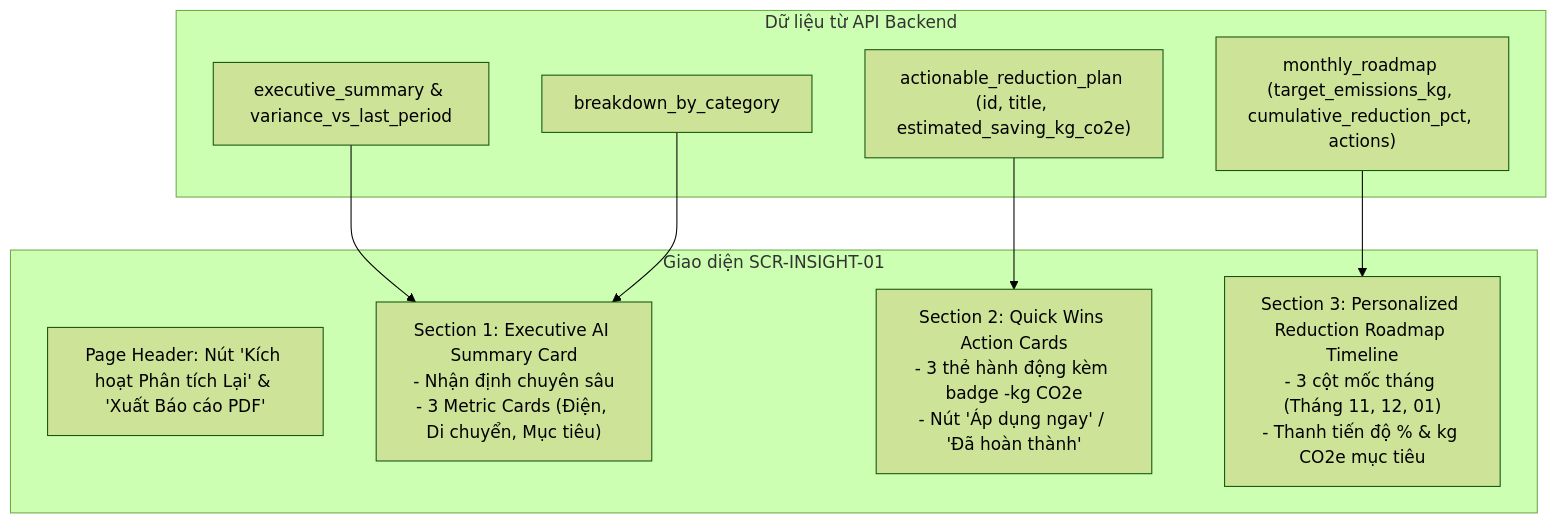
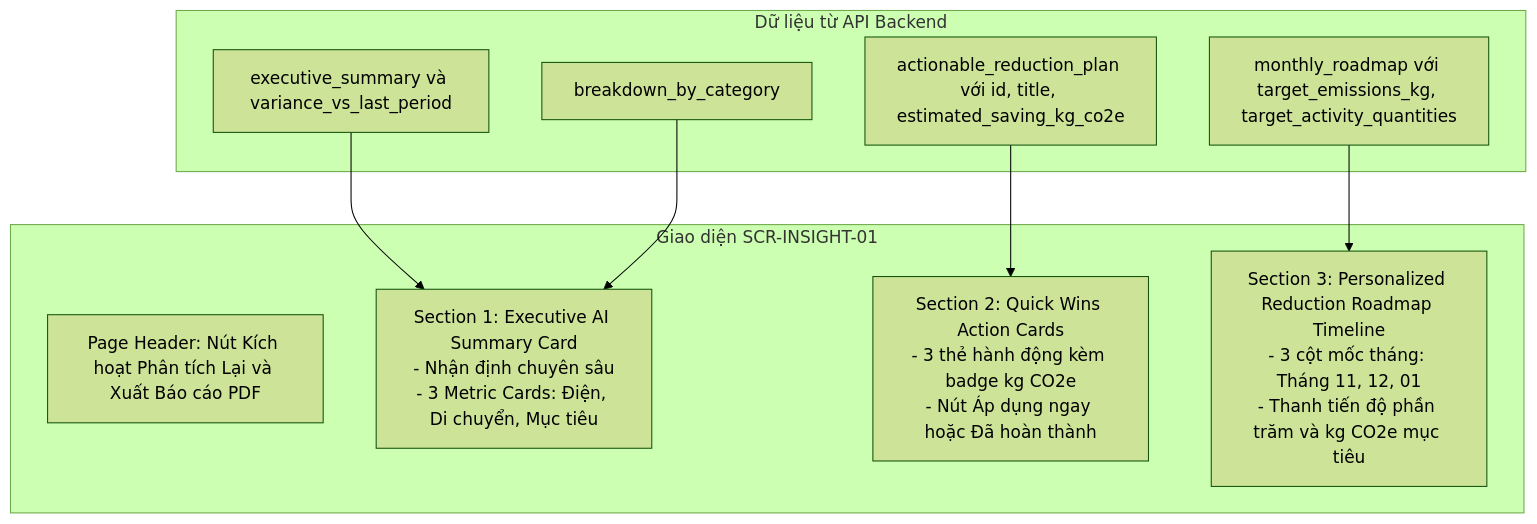
The fifth of 5 diagrams in docs/08-ai-insight-specification.md (DatTienNguyenn/PMDC-BATCH4-DATNT250), drawn with Mermaid (forest theme) before and after one commit. The commit also changed other lines of this file, not shown here.

Commit message:
feat(docs): add activity units translation and fix all mermaid render errors

````diff
--- a/docs/08-ai-insight-specification.md
+++ b/docs/08-ai-insight-specification.md
@@ -854,21 +1005,21 @@
 ```mermaid
-graph TD
+flowchart TD
     subgraph UIComponents["Giao diện SCR-INSIGHT-01"]
-        Header["Page Header: Nút 'Kích hoạt Phân tích Lại' & 'Xuất Báo cáo PDF'"]
-        CardExecutive["Section 1: Executive AI Summary Card<br/>- Nhận định chuyên sâu<br/>- 3 Metric Cards (Điện, Di chuyển, Mục tiêu)"]
-        CardQuickWins["Section 2: Quick Wins Action Cards<br/>- 3 thẻ hành động kèm badge -kg CO2e<br/>- Nút 'Áp dụng ngay' / 'Đã hoàn thành'"]
-        CardRoadmap["Section 3: Personalized Reduction Roadmap Timeline<br/>- 3 cột mốc tháng (Tháng 11, 12, 01)<br/>- Thanh tiến độ % & kg CO2e mục tiêu"]
+        Header["Page Header: Nút Kích hoạt Phân tích Lại và Xuất Báo cáo PDF"]
+        CardExecutive["Section 1: Executive AI Summary Card<br/>- Nhận định chuyên sâu<br/>- 3 Metric Cards: Điện, Di chuyển, Mục tiêu"]
+        CardQuickWins["Section 2: Quick Wins Action Cards<br/>- 3 thẻ hành động kèm badge kg CO2e<br/>- Nút Áp dụng ngay hoặc Đã hoàn thành"]
+        CardRoadmap["Section 3: Personalized Reduction Roadmap Timeline<br/>- 3 cột mốc tháng: Tháng 11, 12, 01<br/>- Thanh tiến độ phần trăm và kg CO2e mục tiêu"]
     end
 
     subgraph DataFields["Dữ liệu từ API Backend"]
-        F_Executive["executive_summary & variance_vs_last_period"]
+        F_Executive["executive_summary và variance_vs_last_period"]
         F_Breakdown["breakdown_by_category"]
-        F_Actions["actionable_reduction_plan (id, title, estimated_saving_kg_co2e)"]
-        F_Roadmap["monthly_roadmap (target_emissions_kg, cumulative_reduction_pct, actions)"]
+        F_Actions["actionable_reduction_plan với id, title, estimated_saving_kg_co2e"]
+        F_Roadmap["monthly_roadmap với target_emissions_kg, target_activity_quantities"]
     end
 
     F_Executive --> CardExecutive
     F_Breakdown --> CardExecutive
     F_Actions --> CardQuickWins
     F_Roadmap --> CardRoadmap
 ```
````
